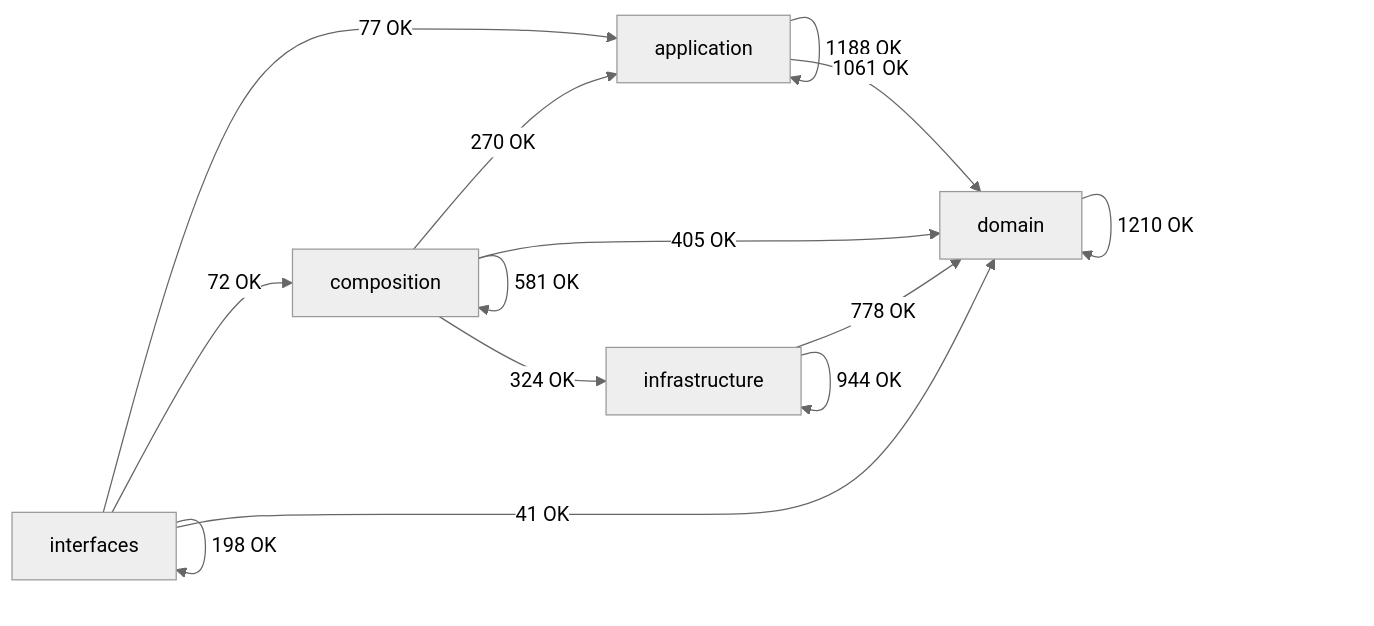
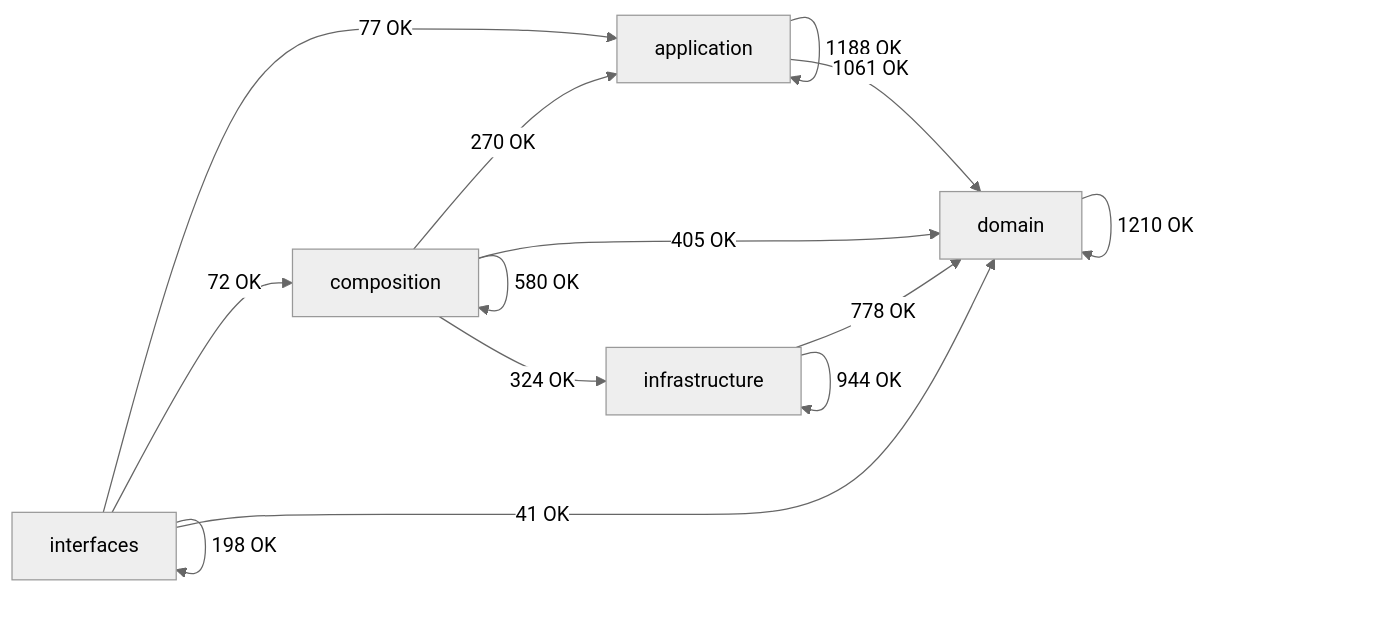
One commit to SatoryKono/BioactivityDataAcquisition changed the diagram in docs/02-architecture/generated/module-dependency-map.md. Above: the diagram before and after it, drawn with Mermaid (neutral theme). The commit also changed other lines of this file and 163 other files, not shown here.

````diff
--- a/docs/02-architecture/generated/module-dependency-map.md
+++ b/docs/02-architecture/generated/module-dependency-map.md
@@ -17,21 +17,21 @@
 ```mermaid
 flowchart LR
     domain[domain]
     application[application]
     infrastructure[infrastructure]
     composition[composition]
     interfaces[interfaces]
     application -->|1188 OK| application
     application -->|1061 OK| domain
     composition -->|270 OK| application
-    composition -->|581 OK| composition
+    composition -->|580 OK| composition
     composition -->|405 OK| domain
     composition -->|324 OK| infrastructure
     domain -->|1210 OK| domain
     infrastructure -->|778 OK| domain
     infrastructure -->|944 OK| infrastructure
     interfaces -->|77 OK| application
     interfaces -->|72 OK| composition
     interfaces -->|41 OK| domain
     interfaces -->|198 OK| interfaces
 ```
````
